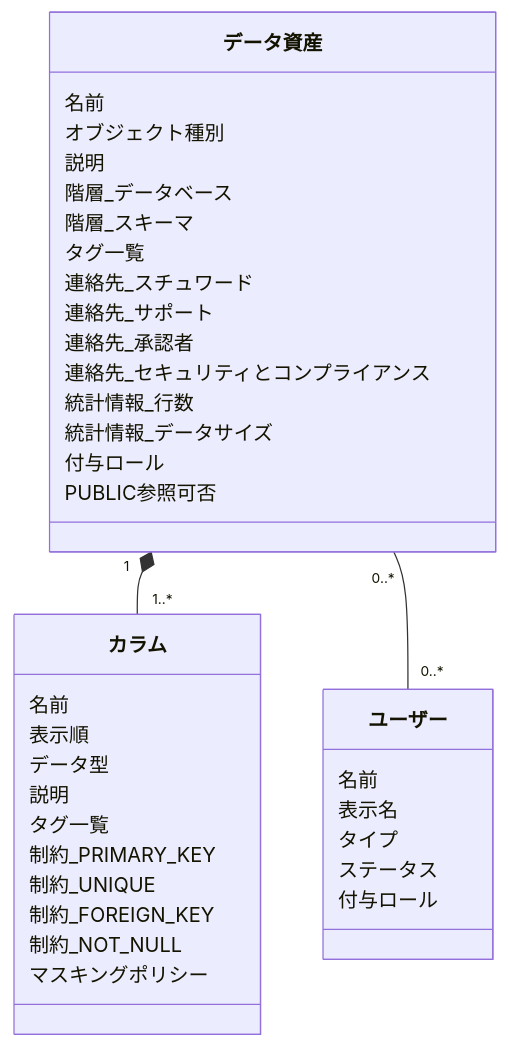
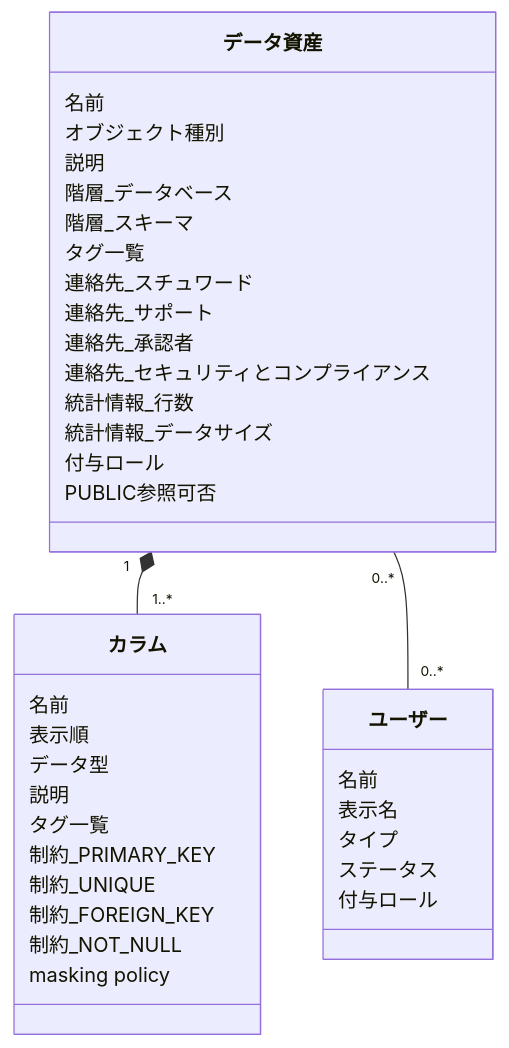
The second of 4 diagrams in docs/design-view.md (goodbyegangster/datacatalog-in-snowflake), drawn with Mermaid before and after one commit. The commit also changed other lines of this file and 19 other files, not shown here.

````diff
--- a/docs/design-view.md
+++ b/docs/design-view.md
@@ -76,45 +76,45 @@
 ```mermaid
 classDiagram
 
   class データ資産{
     名前
     オブジェクト種別
     説明
     階層_データベース
     階層_スキーマ
     タグ一覧
     連絡先_スチュワード
     連絡先_サポート
     連絡先_承認者
     連絡先_セキュリティとコンプライアンス
     統計情報_行数
     統計情報_データサイズ
     付与ロール
     PUBLIC参照可否
   }
 
   class カラム{
     名前
     表示順
     データ型
     説明
     タグ一覧
     制約_PRIMARY_KEY
     制約_UNIQUE
     制約_FOREIGN_KEY
     制約_NOT_NULL
-    マスキングポリシー
+    masking policy
   }
 
   class ユーザー{
     名前
     表示名
     タイプ
     ステータス
     付与ロール
   }
 
   %% 関係
   データ資産 "1" *-- "1..*" カラム
   データ資産 "0..*" -- "0..*" ユーザー
 ```
````
